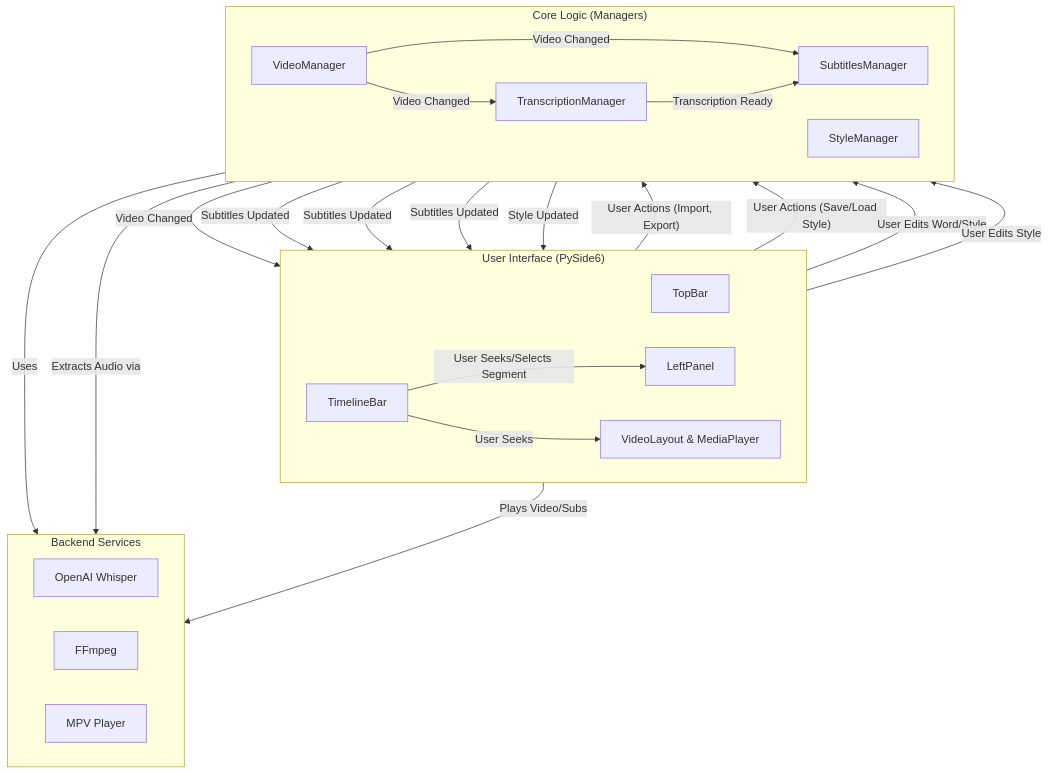
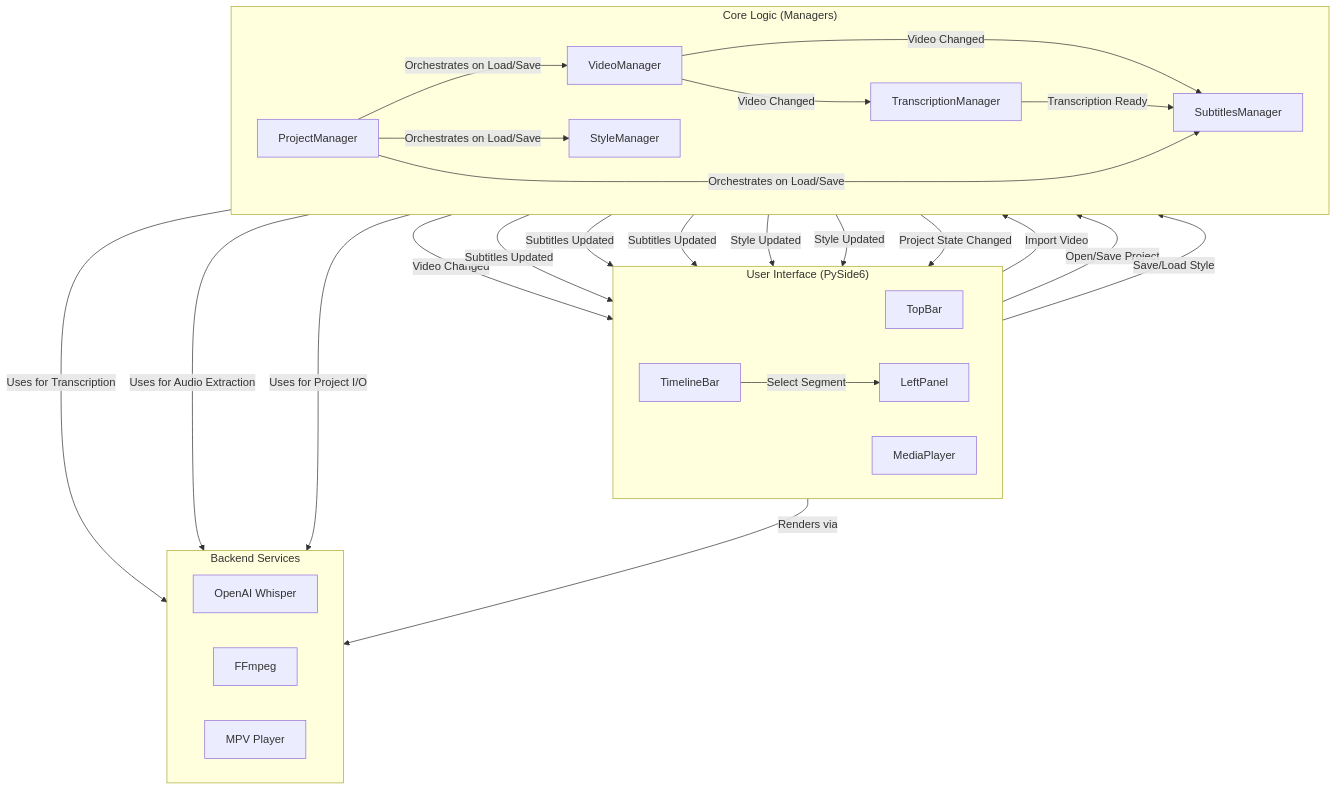
Before and after one commit to mateusz-kow/Auto-Subs: the diagram in ARCHITECTURE.md, drawn with Mermaid. The commit also changed other lines of this file and 3 other files, not shown here.

````diff
--- a/ARCHITECTURE.md
+++ b/ARCHITECTURE.md
@@ -16,49 +16,48 @@
 ```mermaid
 flowchart TD
     subgraph "User Interface (PySide6)"
         direction LR
         A[TopBar]
         B[LeftPanel]
-        C[VideoLayout & MediaPlayer]
+        C[MediaPlayer]
         D[TimelineBar]
     end
 
     subgraph "Core Logic (Managers)"
         direction LR
         M1[VideoManager]
         M2[TranscriptionManager]
         M3[SubtitlesManager]
         M4[StyleManager]
+        M5[ProjectManager]
     end
 
     subgraph "Backend Services"
         direction LR
         S1[OpenAI Whisper]
         S2[FFmpeg]
         S3[MPV Player]
     end
 
-    A -- "User Actions (Import, Export)" --> M1
-    A -- "User Actions (Save/Load Style)" --> M4
+    %% User Actions to Managers
+    A -- "Import Video" --> M1
+    A -- "Open/Save Project" --> M5
+    A -- "Save/Load Style" --> M4
+    D -- "Select Segment" --> B
 
-    D -- "User Seeks/Selects Segment" --> B
-    D -- "User Seeks" --> C
-    B -- "User Edits Word/Style" --> M3
-    B -- "User Edits Style" --> M4
+    %% Manager Orchestration
+    M1 -- "Video Changed" --> M2 & M3 & C
+    M2 -- "Transcription Ready" --> M3
+    M5 -- "Orchestrates on Load/Save" --> M1 & M3 & M4
 
-    M1 -- "Video Changed" --> M2
-    M1 -- "Video Changed" --> M3
-    M1 -- "Video Changed" --> C
+    %% Manager Notifications to UI
+    M3 -- "Subtitles Updated" --> B & C & D
+    M4 -- "Style Updated" --> B & C
+    M5 -- "Project State Changed" --> A
 
-    M2 -- "Transcription Ready" --> M3
-    M2 -- "Uses" --> S1
-    M2 -- "Extracts Audio via" --> S2
-
-    M3 -- "Subtitles Updated" --> C
-    M3 -- "Subtitles Updated" --> D
-    M3 -- "Subtitles Updated" --> B
-
-    M4 -- "Style Updated" --> C
-
-    C -- "Plays Video/Subs" --> S3
+    %% Backend Service Usage
+    M2 -- "Uses for Transcription" --> S1
+    M2 -- "Uses for Audio Extraction" --> S2
+    M5 -- "Uses for Project I/O" --> S2
+    C -- "Renders via" --> S3
 ```
````
